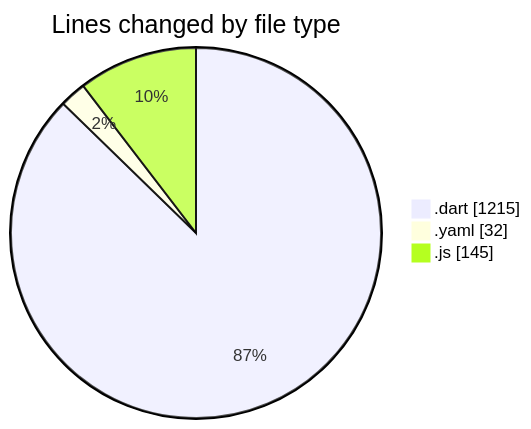
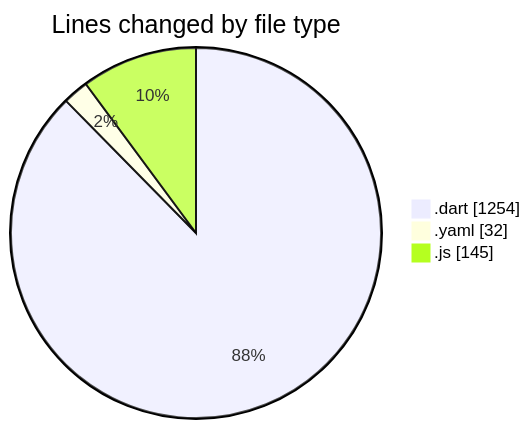
The first of 2 diagrams in 2025-07-30/appproject/README.md (lephambinh05/code-tracking), drawn with Mermaid before and after one commit. The commit also changed other lines of this file and 1 other file, not shown here.

````diff
--- a/2025-07-30/appproject/README.md
+++ b/2025-07-30/appproject/README.md
@@ -29,7 +29,7 @@
 ```mermaid
 pie showData
 title Lines changed by file type
-".dart" : 1215
+".dart" : 1254
 ".yaml" : 32
 ".js" : 145
 ```
````
